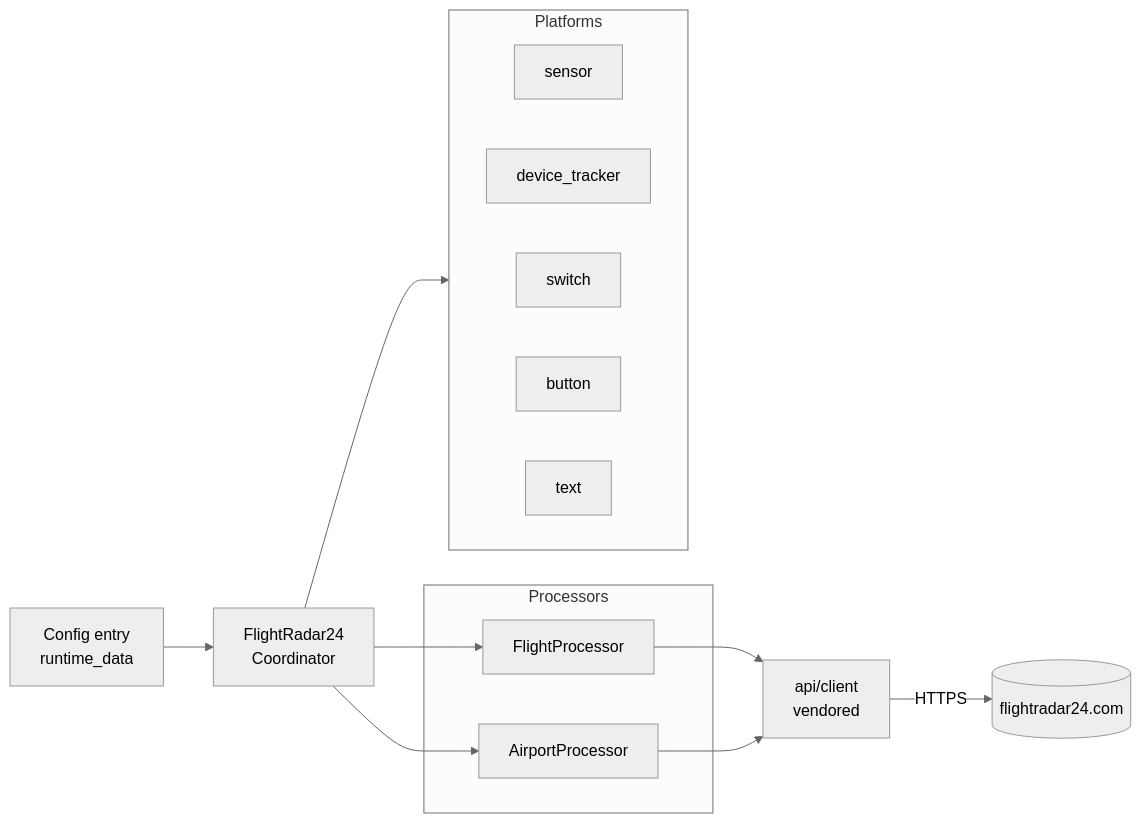
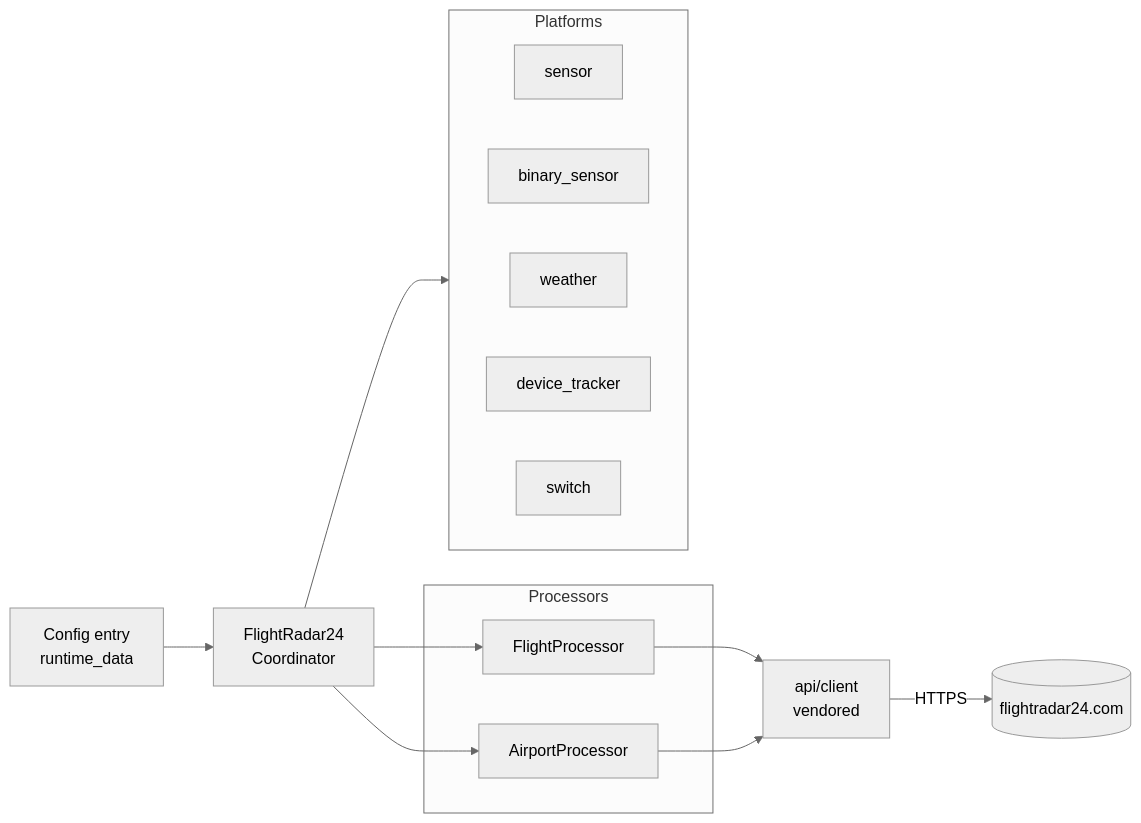
Before and after one commit to dn5qMDW3/home-assistant-flightradar24: the diagram in README.md, drawn with Mermaid (neutral theme). The commit also changed other lines of this file and 3 other files, not shown here.

````diff
--- a/README.md
+++ b/README.md
@@ -205,29 +207,29 @@
 ```mermaid
 flowchart LR
     CE[Config entry<br/>runtime_data]
     DUC[FlightRadar24<br/>Coordinator]
     AC[api/client<br/>vendored]
     FR[(flightradar24.com)]
 
     subgraph Processors
         FP[FlightProcessor]
         AP[AirportProcessor]
     end
 
     subgraph Platforms
         direction LR
         S[sensor]
+        BS[binary_sensor]
+        W[weather]
         DT[device_tracker]
         SW[switch]
-        BTN[button]
-        TXT[text]
     end
 
     CE --> DUC
     DUC --> FP
     DUC --> AP
     FP --> AC
     AP --> AC
     AC -->|HTTPS| FR
     DUC --> Platforms
 ```
````
